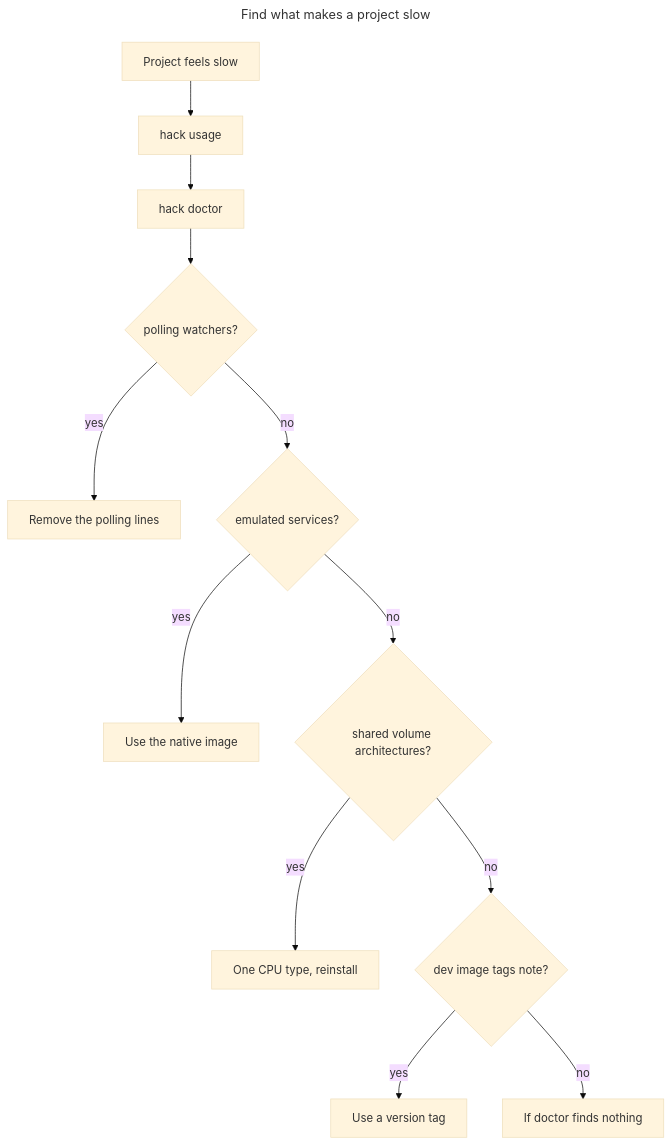
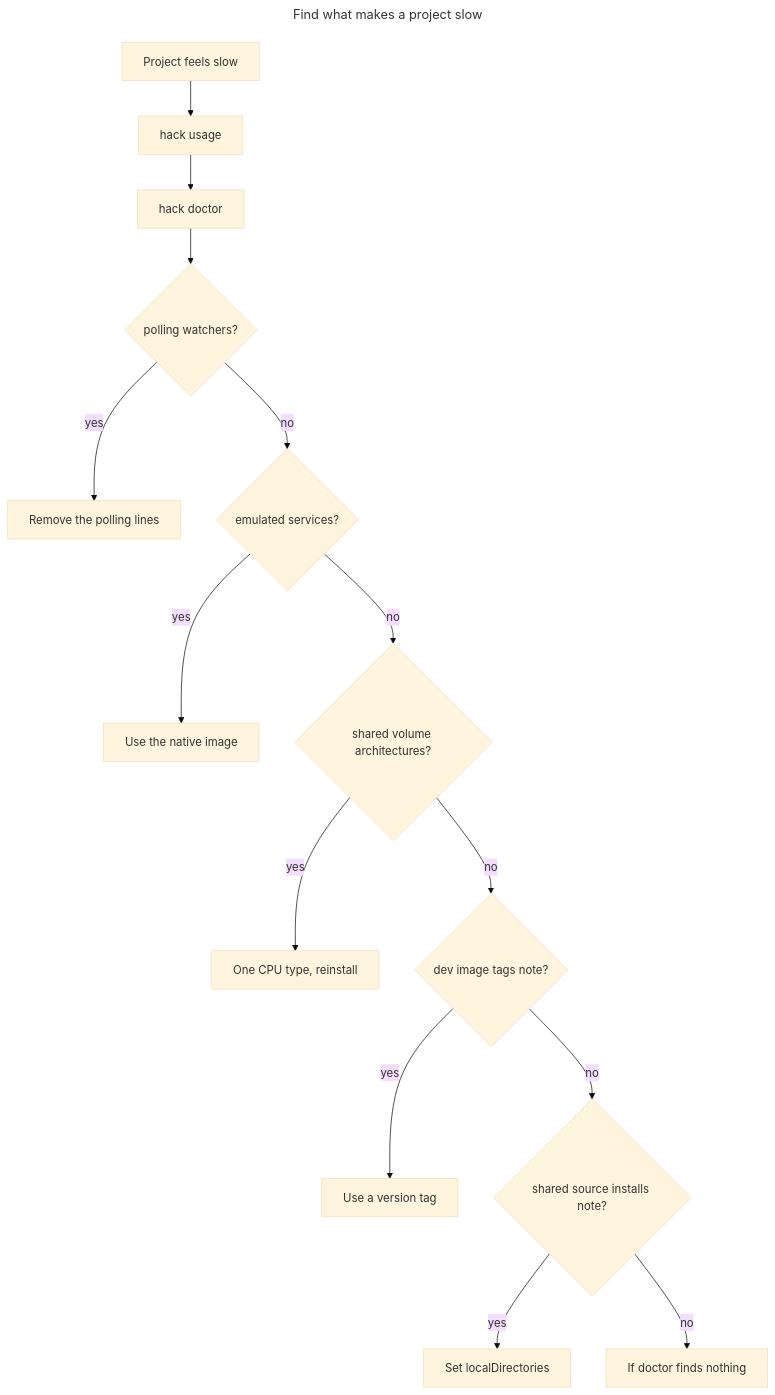
Before and after one commit to hack-dance/hack: the diagram in docs/versions/v5/guides/slow-mac.md, drawn with Mermaid (base theme). The commit also changed other lines of this file and 15 other files, not shown here.

First line of the commit message:
feat(config): keep declared checkout directories off the shared source

````diff
--- a/docs/versions/v5/guides/slow-mac.md
+++ b/docs/versions/v5/guides/slow-mac.md
@@ -17,17 +18,19 @@
 ```mermaid
 ---
 title: Find what makes a project slow
 ---
 flowchart TD
   Start["Project feels slow"] --> Usage["hack usage"]
   Usage --> Doctor["hack doctor"]
   Doctor --> Poll{"polling watchers?"}
   Poll -->|yes| FixPoll["Remove the polling lines"]
   Poll -->|no| Emu{"emulated services?"}
   Emu -->|yes| FixEmu["Use the native image"]
   Emu -->|no| Vol{"shared volume architectures?"}
   Vol -->|yes| FixVol["One CPU type, reinstall"]
   Vol -->|no| Tag{"dev image tags note?"}
   Tag -->|yes| FixTag["Use a version tag"]
-  Tag -->|no| Other["If doctor finds nothing"]
+  Tag -->|no| Src{"shared source installs note?"}
+  Src -->|yes| FixSrc["Set localDirectories"]
+  Src -->|no| Other["If doctor finds nothing"]
 ```
````
